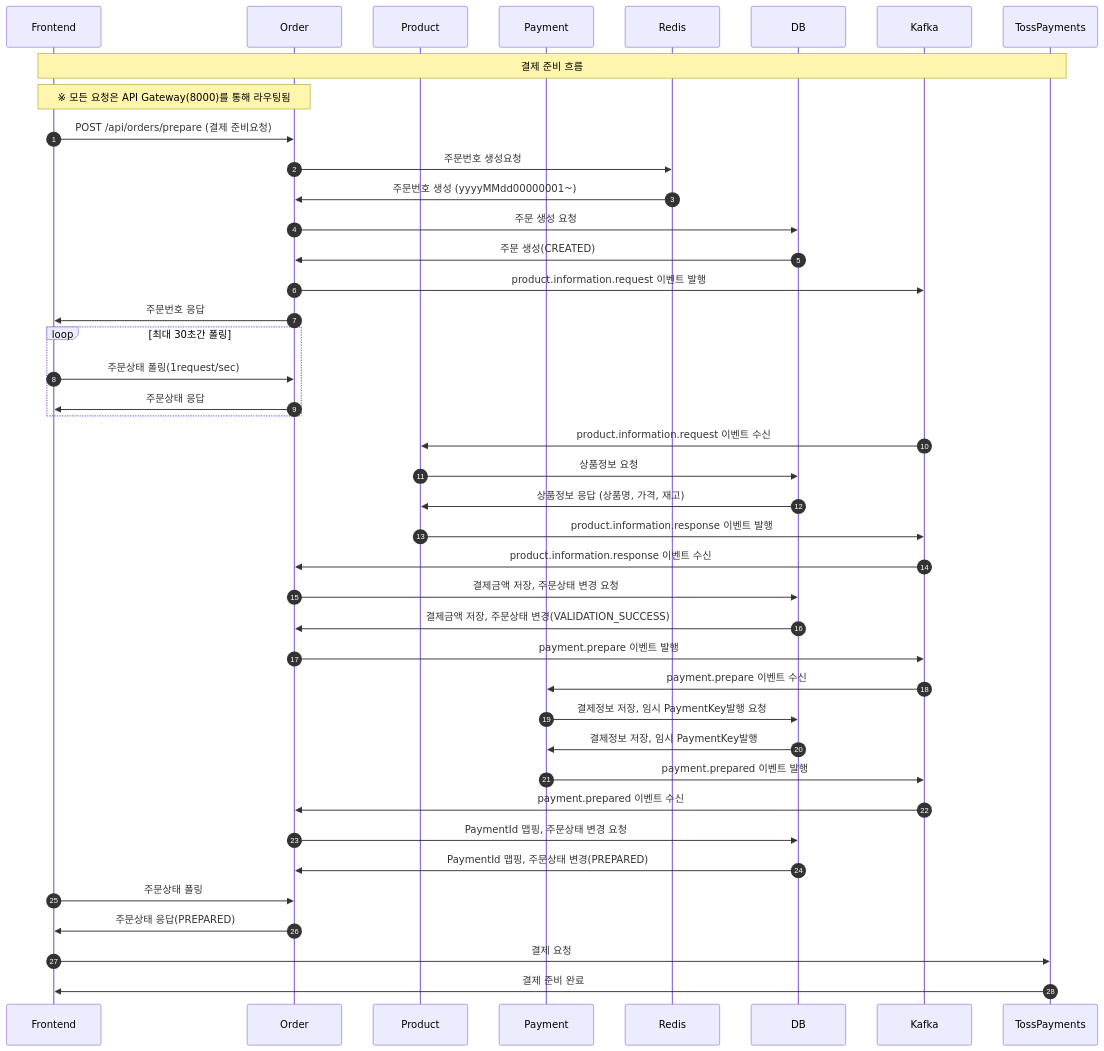
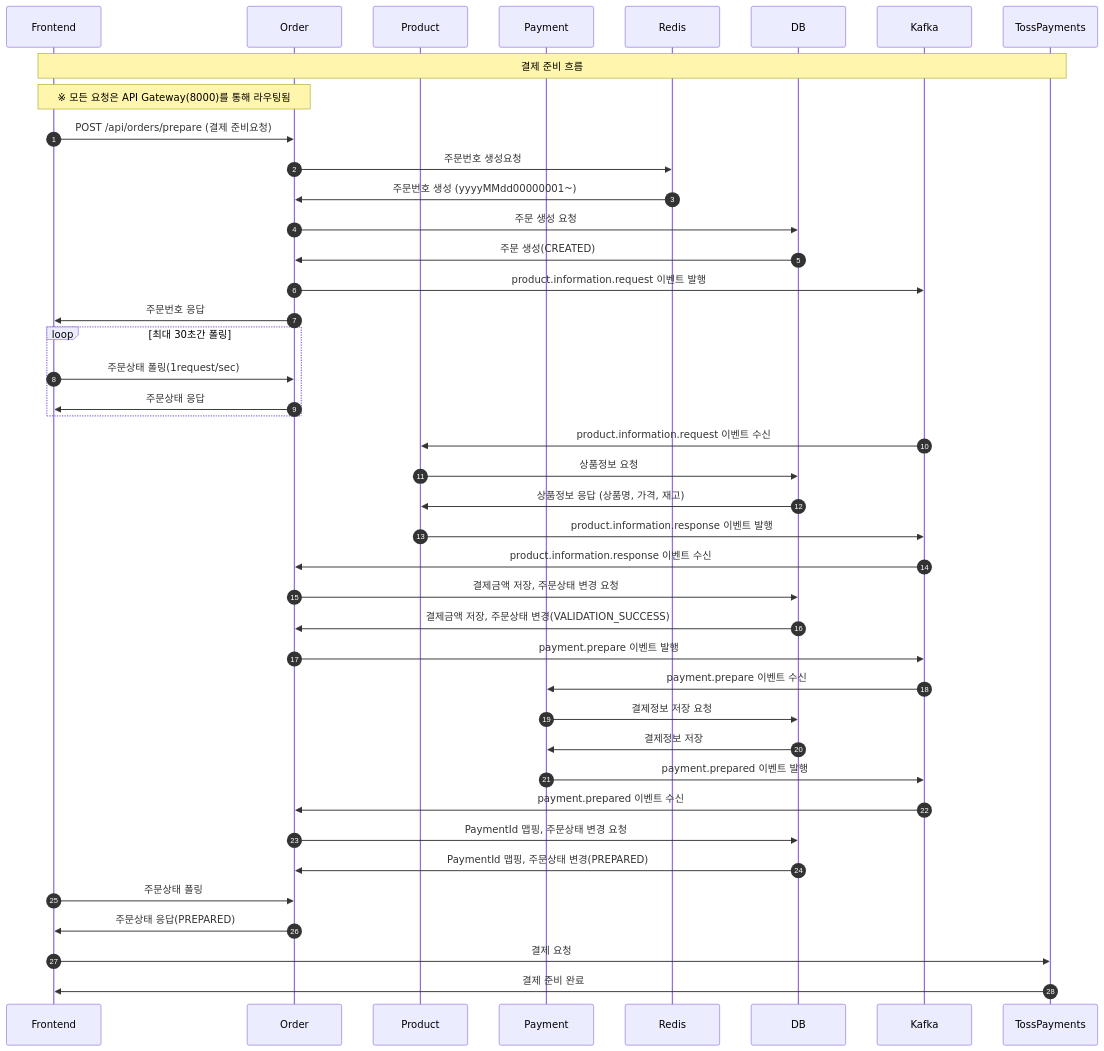
One commit to hana0627/i-love-pet changed the second of 5 diagrams in readMe.md. Above: the diagram before and after it, drawn with Mermaid. The commit also changed other lines of this file, not shown here.

````diff
--- a/readMe.md
+++ b/readMe.md
@@ -241,56 +241,56 @@
 ```mermaid
 sequenceDiagram autonumber
     participant Frontend
     participant Order
     participant Product
     participant Payment
     participant Redis
     participant DB
     participant Kafka
     participant TossPayments
 
     Note over Frontend,TossPayments: 결제 준비 흐름
     Note over Frontend,Order: ※ 모든 요청은 API Gateway(8000)를 통해 라우팅됨
 
 
     Frontend->>Order: POST /api/orders/prepare (결제 준비요청)
     Order->>Redis: 주문번호 생성요청
     Redis->>Order: 주문번호 생성 (yyyyMMdd00000001~)
     Order->>DB: 주문 생성 요청
     DB->>Order: 주문 생성(CREATED)
     Order->>Kafka: product.information.request 이벤트 발행
     Order->>Frontend: 주문번호 응답
     
     loop 최대 30초간 폴링
         Frontend->>Order: 주문상태 폴링(1request/sec)
         Order->>Frontend: 주문상태 응답
     end
 
     Kafka->>Product: product.information.request 이벤트 수신
     Product->>DB: 상품정보 요청
     DB->>Product: 상품정보 응답 (상품명, 가격, 재고)
     Product->>Kafka: product.information.response 이벤트 발행
 
     Kafka->>Order: product.information.response 이벤트 수신
     Order->>DB: 결제금액 저장, 주문상태 변경 요청
     DB->>Order: 결제금액 저장, 주문상태 변경(VALIDATION_SUCCESS)
     Order->>Kafka: payment.prepare 이벤트 발행
 
     Kafka->>Payment: payment.prepare 이벤트 수신
-    Payment->>DB: 결제정보 저장, 임시 PaymentKey발행 요청
-    DB->>Payment: 결제정보 저장, 임시 PaymentKey발행
+    Payment->>DB: 결제정보 저장 요청
+    DB->>Payment: 결제정보 저장
     Payment->>Kafka: payment.prepared 이벤트 발행
 
     Kafka->>Order: payment.prepared 이벤트 수신
     Order->>DB: PaymentId 맵핑, 주문상태 변경 요청
     DB->>Order: PaymentId 맵핑, 주문상태 변경(PREPARED)
 
 
 
     Frontend->>Order: 주문상태 폴링
     Order->>Frontend: 주문상태 응답(PREPARED)
 
 
     Frontend->>TossPayments: 결제 요청
     TossPayments->>Frontend: 결제 준비 완료
 ```
````
